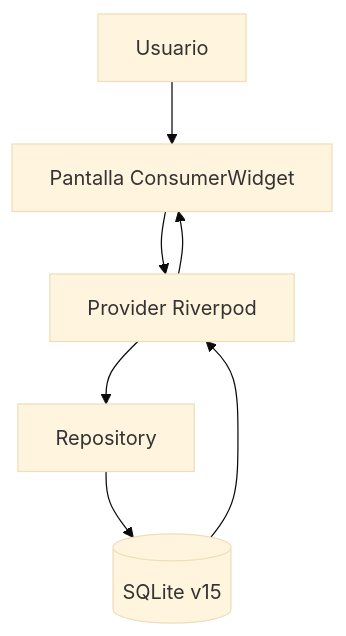
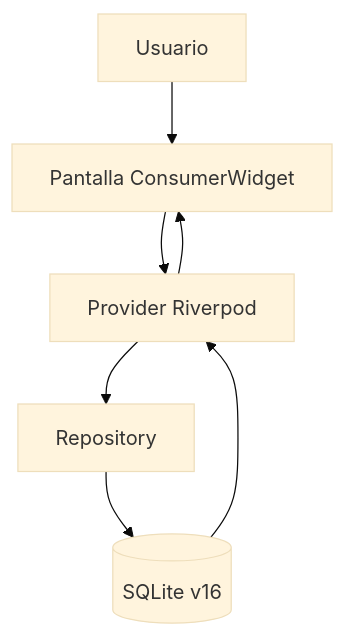
Before and after one commit to afperdomo2/motorcheck: the first of 2 diagrams in docs/plans/rediseno-mobile-2.0.md, drawn with Mermaid (base theme). The commit also changed 58 other files, not shown here.

````diff
--- a/docs/plans/rediseno-mobile-2.0.md
+++ b/docs/plans/rediseno-mobile-2.0.md
@@ -51,9 +51,9 @@
 ```mermaid
 flowchart TD
   U[Usuario] --> P[Pantalla ConsumerWidget]
   P --> R[Provider Riverpod]
   R --> Rep[Repository]
-  Rep --> DB[(SQLite v15)]
+  Rep --> DB[(SQLite v16)]
   DB --> R
   R --> P
 ```
````
